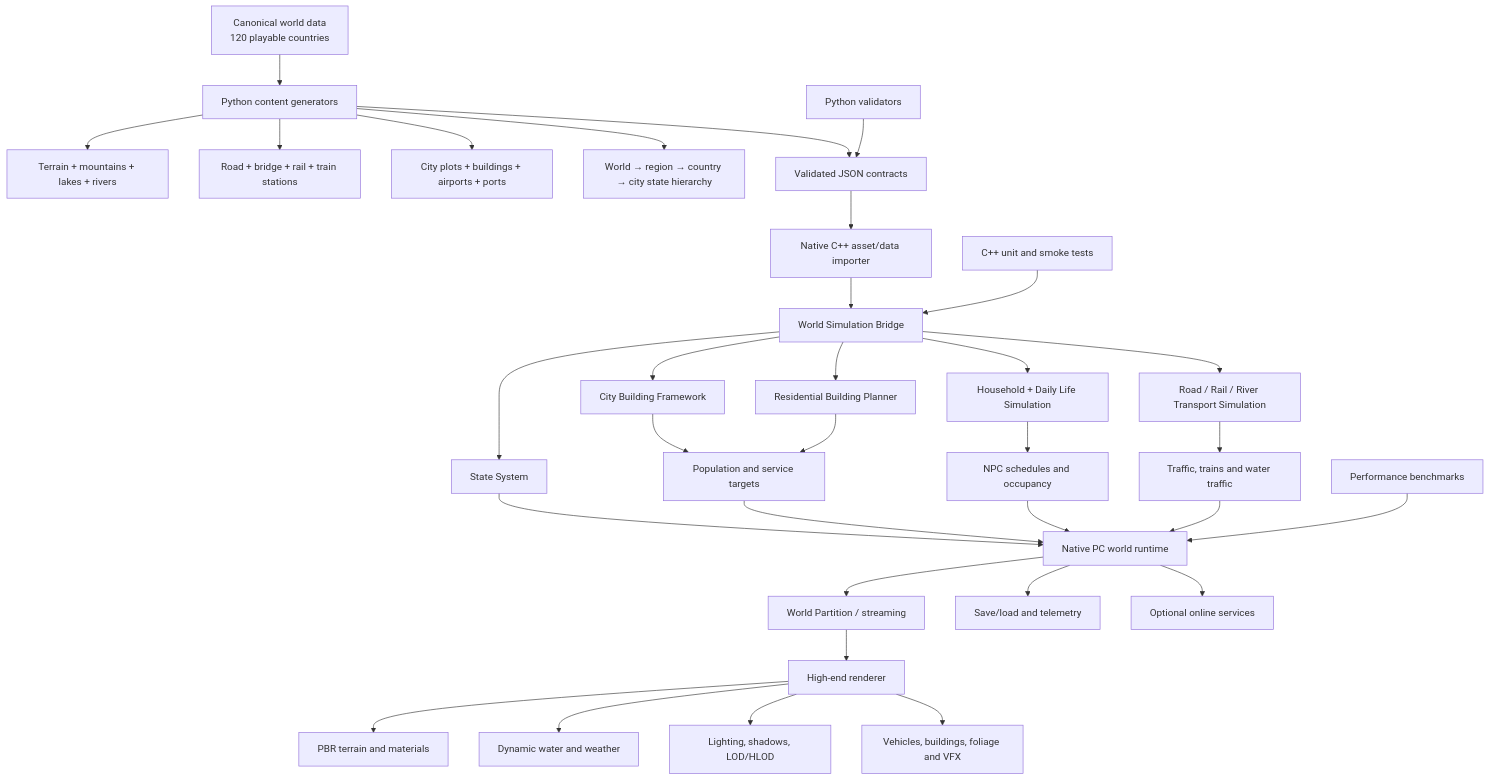
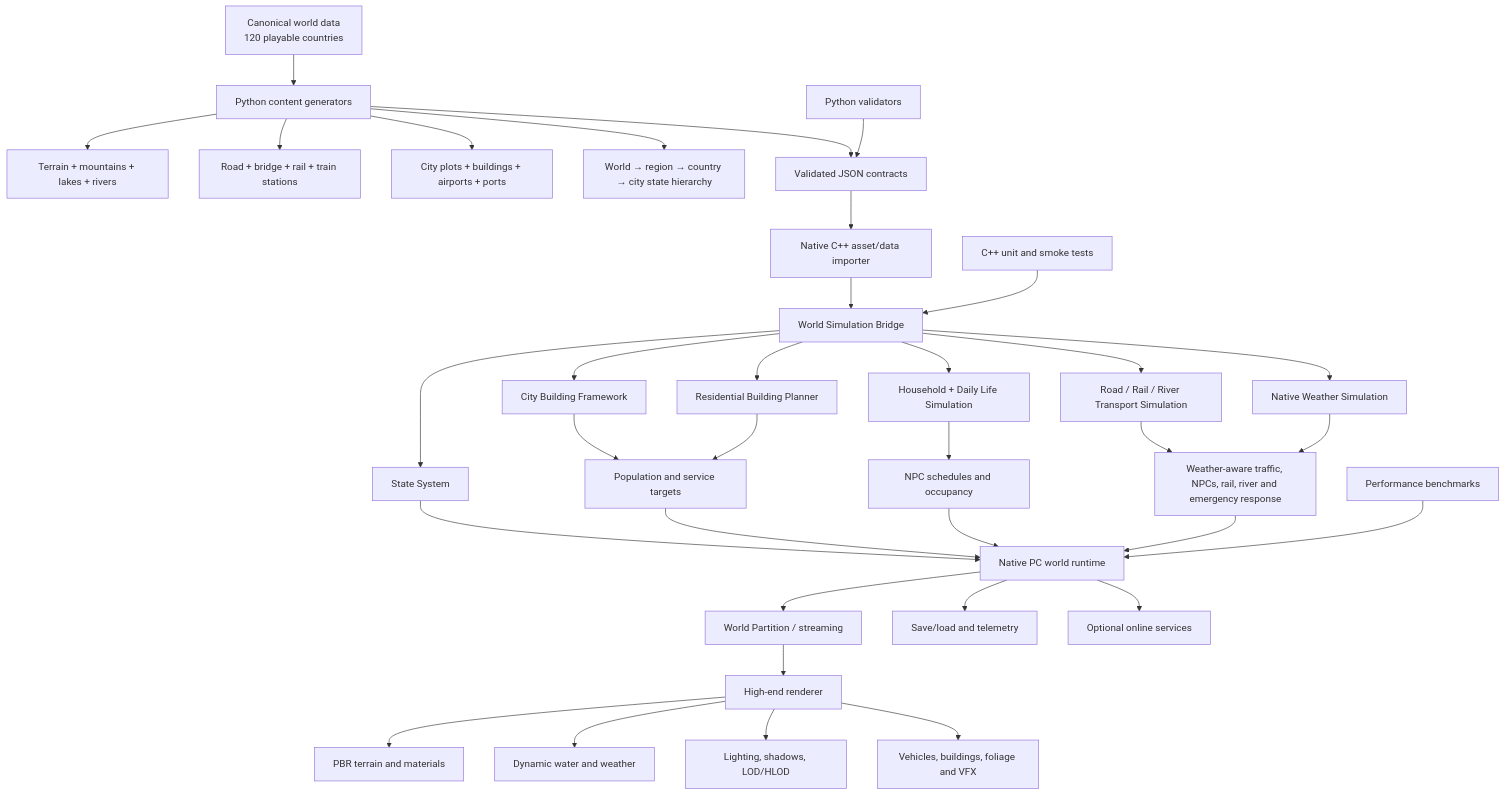
The first of 2 diagrams in docs/architecture-workflow-and-roadmap.md (sanjaynain754/indoru-world), drawn with Mermaid before and after one commit. The commit also changed other lines of this file and 5 other files, not shown here.

Commit message:
Integrate deterministic Khoruun weather simulation

````diff
--- a/docs/architecture-workflow-and-roadmap.md
+++ b/docs/architecture-workflow-and-roadmap.md
@@ -9,38 +9,40 @@
 ```mermaid
 flowchart TD
     A[Canonical world data\n120 playable countries] --> B[Python content generators]
     B --> B1[Terrain + mountains + lakes + rivers]
     B --> B2[Road + bridge + rail + train stations]
     B --> B3[City plots + buildings + airports + ports]
     B --> B4[World → region → country → city state hierarchy]
     B --> C[Validated JSON contracts]
     C --> D[Native C++ asset/data importer]
     D --> E[World Simulation Bridge]
 
     E --> F[City Building Framework]
     E --> G[Residential Building Planner]
     E --> H[Household + Daily Life Simulation]
     E --> I[Road / Rail / River Transport Simulation]
     E --> ST[State System]
+    E --> WX[Native Weather Simulation]
     F --> J[Population and service targets]
     G --> J
     H --> K[NPC schedules and occupancy]
     I --> L[Traffic, trains and water traffic]
     ST --> M[Validated state transitions]
+    WX --> L[Weather-aware traffic, NPCs, rail, river and emergency response]
 
     J --> M[Native PC world runtime]
     K --> M
     L --> M
     M --> N[World Partition / streaming]
     N --> O[High-end renderer]
     O --> O1[PBR terrain and materials]
     O --> O2[Dynamic water and weather]
     O --> O3[Lighting, shadows, LOD/HLOD]
     O --> O4[Vehicles, buildings, foliage and VFX]
     M --> P[Save/load and telemetry]
     M --> Q[Optional online services]
 
     R[Python validators] --> C
     U[C++ unit and smoke tests] --> E
     T[Performance benchmarks] --> M
 ```
````
